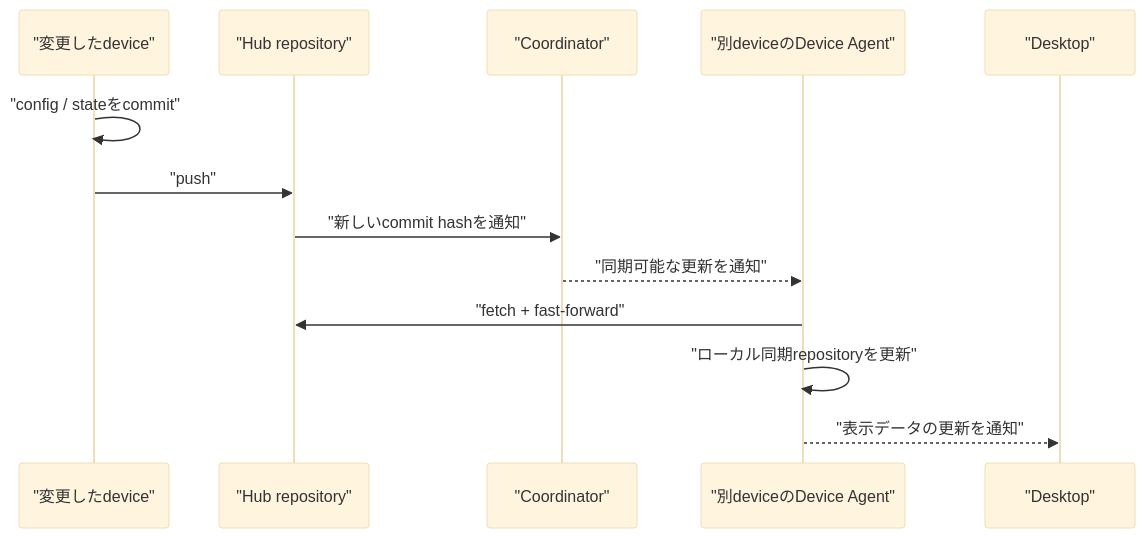
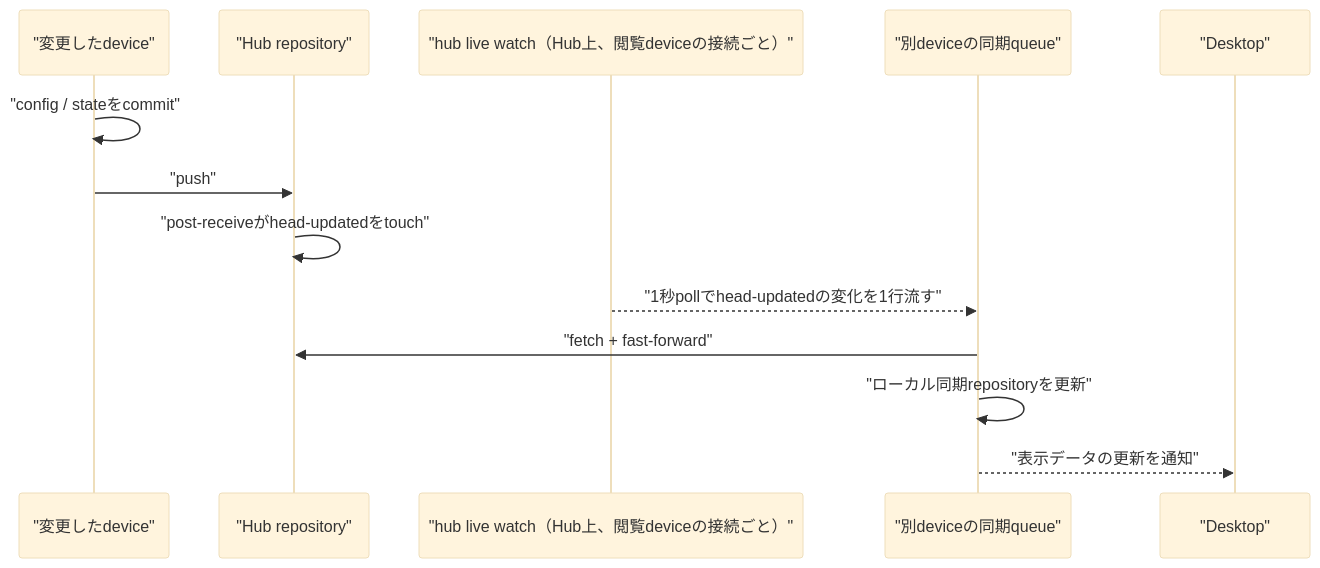
Before and after one commit to GuildBotics/GuildBotics: the seventh of 9 diagrams in docs/plans/workspace_sync_plan-v3.md, drawn with Mermaid (base theme). The commit also changed other lines of this file and 71 other files, not shown here.

````diff
--- a/docs/plans/workspace_sync_plan-v3.md
+++ b/docs/plans/workspace_sync_plan-v3.md
@@ -1602,16 +1690,16 @@
 ```mermaid
 sequenceDiagram
     participant Writer as "変更したdevice"
     participant Git as "Hub repository"
-    participant Coordinator as "Coordinator"
-    participant Reader as "別deviceのDevice Agent"
+    participant Watch as "hub live watch（Hub上、閲覧deviceの接続ごと）"
+    participant Reader as "別deviceの同期queue"
     participant UI as "Desktop"
 
     Writer->>Writer: "config / stateをcommit"
     Writer->>Git: "push"
-    Git->>Coordinator: "新しいcommit hashを通知"
-    Coordinator-->>Reader: "同期可能な更新を通知"
+    Git->>Git: "post-receiveがhead-updatedをtouch"
+    Watch-->>Reader: "1秒pollでhead-updatedの変化を1行流す"
     Reader->>Git: "fetch + fast-forward"
     Reader->>Reader: "ローカル同期repositoryを更新"
     Reader-->>UI: "表示データの更新を通知"
 ```
````
